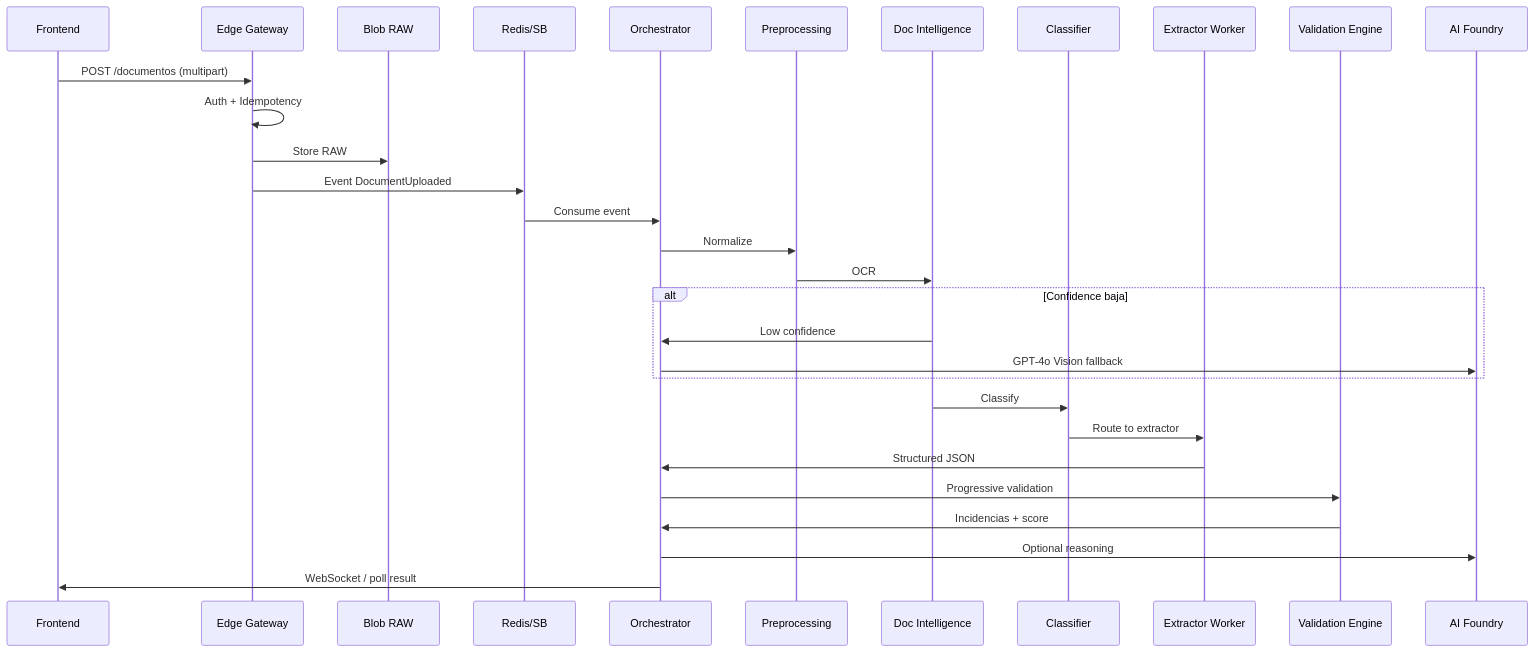
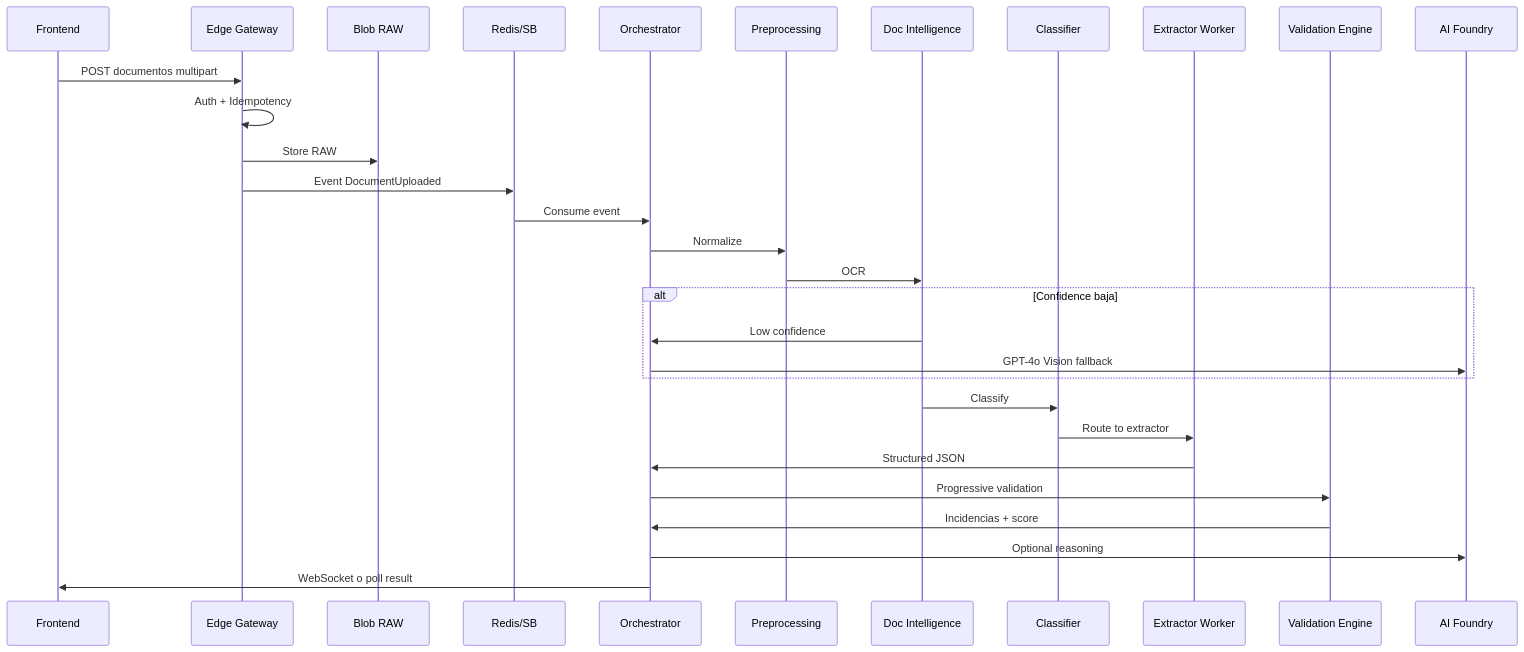
The third of 8 diagrams in caedocs/DISENO-TECNICO-v3.0.md (angelnietos/erp), drawn with Mermaid before and after one commit. The commit also changed other lines of this file and 6 other files, not shown here.

````diff
--- a/caedocs/DISENO-TECNICO-v3.0.md
+++ b/caedocs/DISENO-TECNICO-v3.0.md
@@ -448,33 +448,33 @@
 ```mermaid
 sequenceDiagram
     participant FE as Frontend
     participant GW as Edge Gateway
     participant BL as Blob RAW
     participant Q as Redis/SB
     participant OR as Orchestrator
     participant PR as Preprocessing
     participant DI as Doc Intelligence
     participant CL as Classifier
     participant EX as Extractor Worker
     participant VE as Validation Engine
     participant FD as AI Foundry
 
-    FE->>GW: POST /documentos (multipart)
+    FE->>GW: POST documentos multipart
     GW->>GW: Auth + Idempotency
     GW->>BL: Store RAW
     GW->>Q: Event DocumentUploaded
     Q->>OR: Consume event
     OR->>PR: Normalize
     PR->>DI: OCR
     alt Confidence baja
-        DI->>OR: Low confidence
-        OR->>FD: GPT-4o Vision fallback
+    DI->>OR: Low confidence
+    OR->>FD: GPT-4o Vision fallback
     end
     DI->>CL: Classify
     CL->>EX: Route to extractor
     EX->>OR: Structured JSON
     OR->>VE: Progressive validation
     VE->>OR: Incidencias + score
     OR->>FD: Optional reasoning
-    OR->>FE: WebSocket / poll result
+    OR->>FE: WebSocket o poll result
 ```
````
